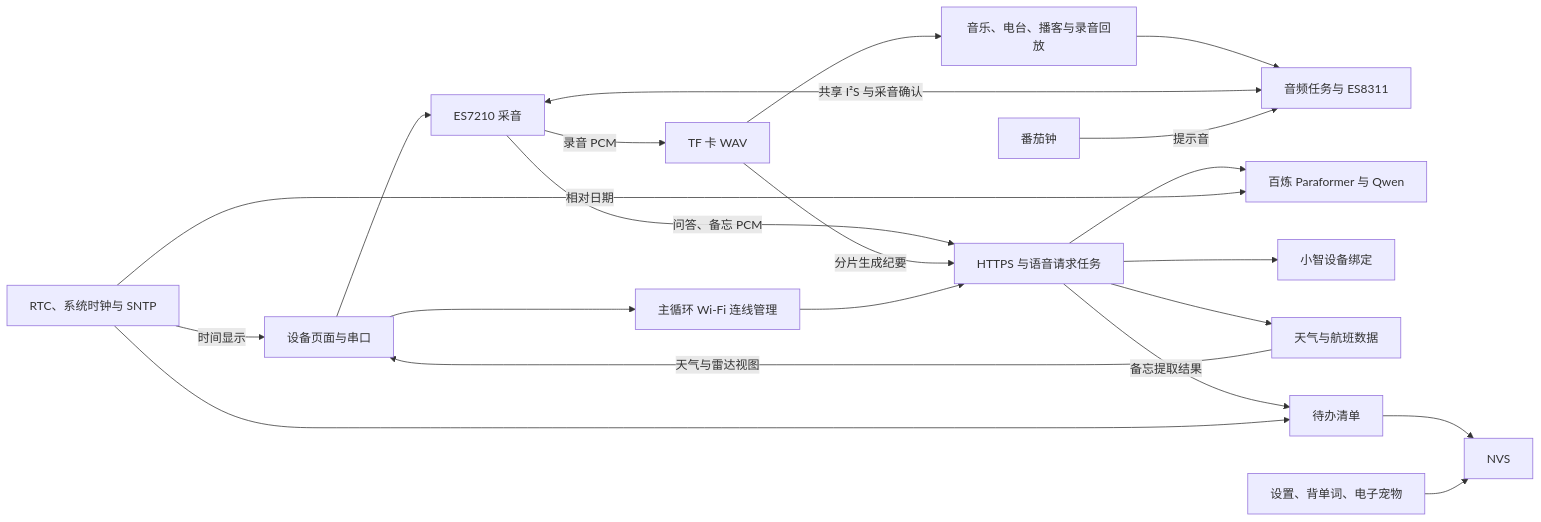
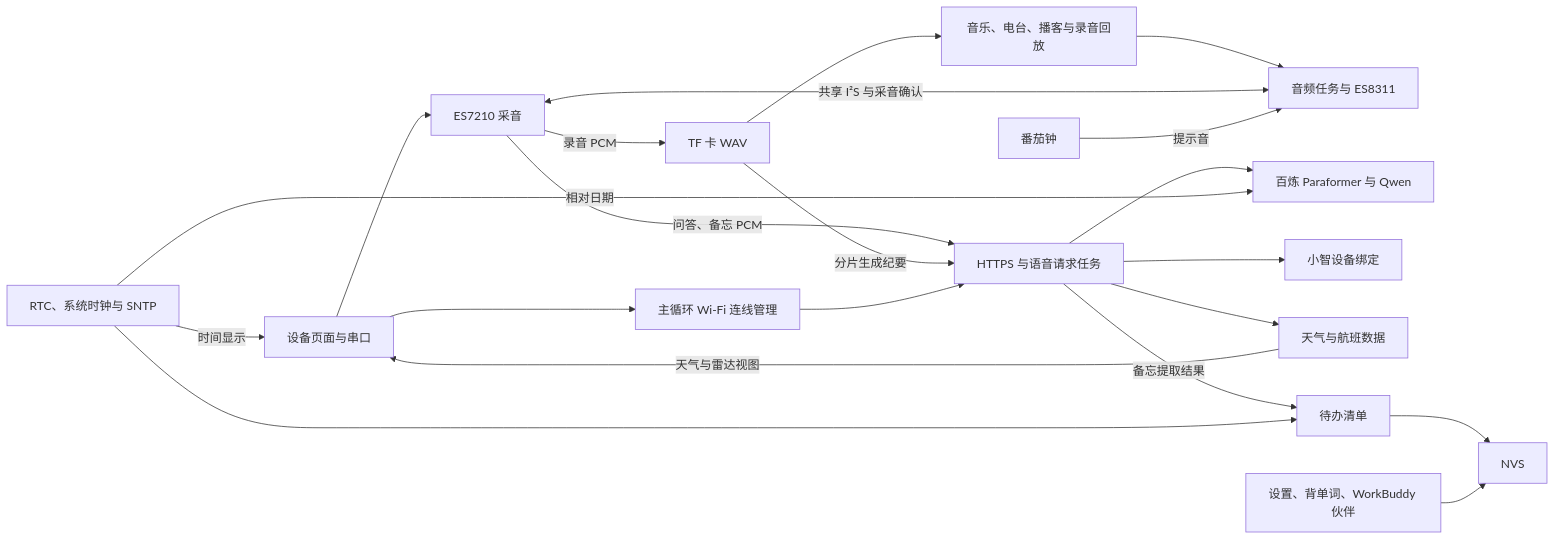
The diagram in docs/firmware-integration.md (rk0123/round-clock-esp32s3), drawn with Mermaid before and after one commit. The commit also changed 24 other files, not shown here.

````diff
--- a/docs/firmware-integration.md
+++ b/docs/firmware-integration.md
@@ -3,23 +3,23 @@
 ```mermaid
 flowchart LR
     UI["设备页面与串口"] --> MIC["ES7210 采音"]
     MUSIC["音乐、电台、播客与录音回放"] --> AUDIO["音频任务与 ES8311"]
     MIC <-->|"共享 I²S 与采音确认"| AUDIO
     MIC -->|"问答、备忘 PCM"| CLOUD["HTTPS 与语音请求任务"]
     MIC -->|"录音 PCM"| TF["TF 卡 WAV"]
     TF -->|"分片生成纪要"| CLOUD
     TF --> MUSIC
     POMO["番茄钟"] -->|"提示音"| AUDIO
     CLOUD --> BA["百炼 Paraformer 与 Qwen"]
     CLOUD --> XZ["小智设备绑定"]
     CLOUD --> DATA["天气与航班数据"]
     DATA -->|"天气与雷达视图"| UI
     CLOUD -->|"备忘提取结果"| TODO["待办清单"]
     CLOCK["RTC、系统时钟与 SNTP"] --> TODO
     CLOCK -->|"相对日期"| BA
     CLOCK -->|"时间显示"| UI
     TODO --> STORE["NVS"]
-    LOCAL["设置、背单词、电子宠物"] --> STORE
+    LOCAL["设置、背单词、WorkBuddy 伙伴"] --> STORE
     WIFI["主循环 Wi-Fi 连线管理"] --> CLOUD
     UI --> WIFI
 ```
````
